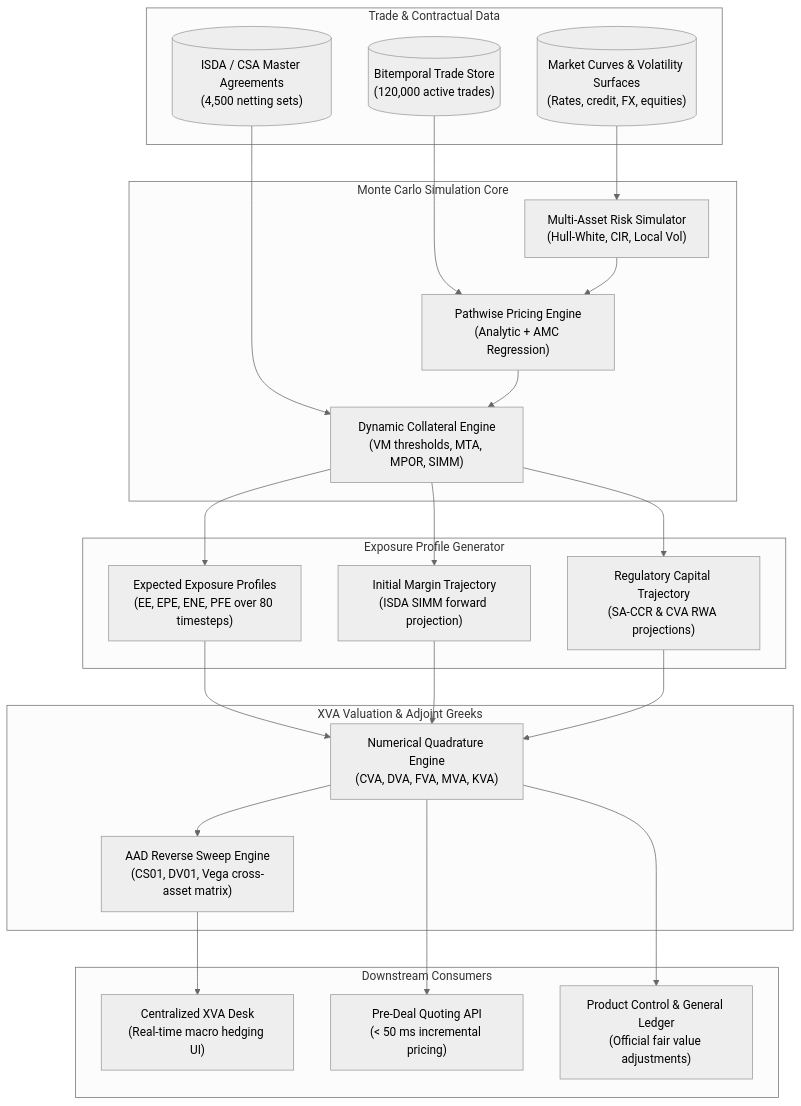
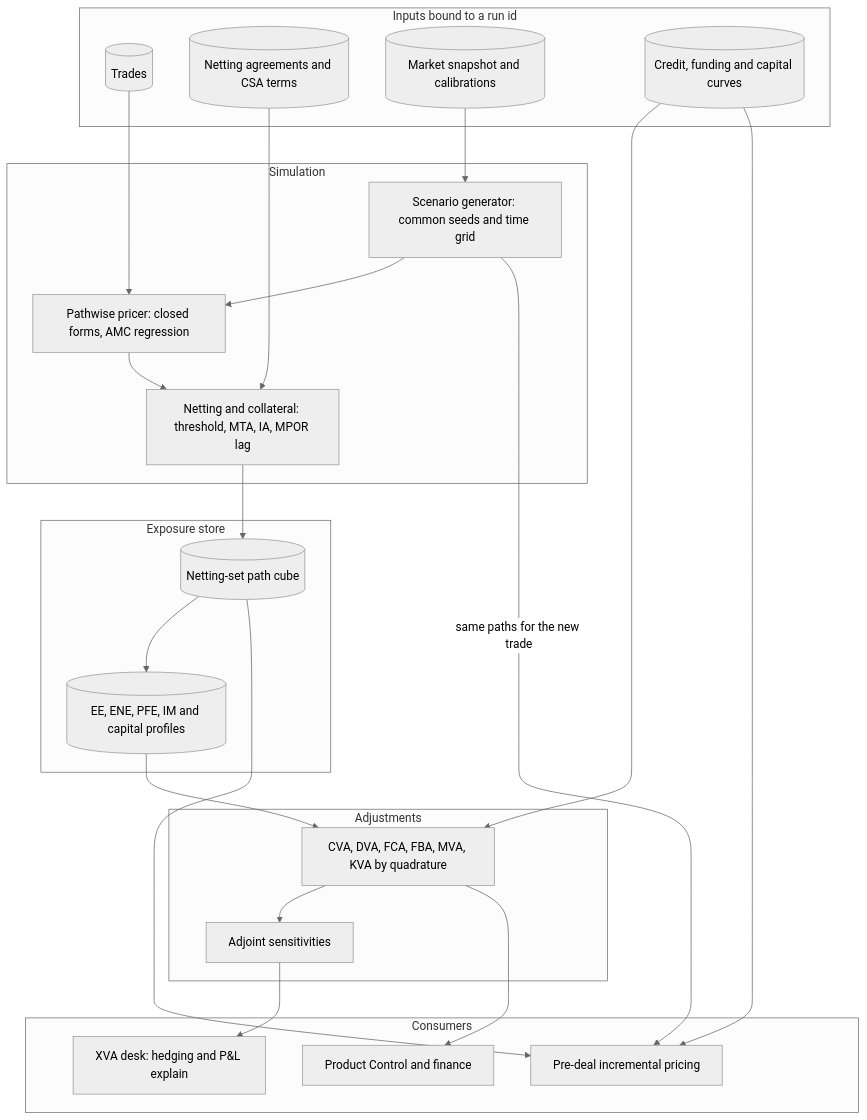
The diagram in 18-Pricing-and-Risk-Systems/11-XVA-Engine.md (shreejitverma/The-Quant-Prep), drawn with Mermaid (neutral theme) before and after one commit. The commit also changed other lines of this file and 13 other files, not shown here.

First line of the commit message:
fix(18-Pricing-and-Risk-Systems): verify notes 07-12 and their code against primary sources (#68)

````diff
--- a/18-Pricing-and-Risk-Systems/11-XVA-Engine.md
+++ b/18-Pricing-and-Risk-Systems/11-XVA-Engine.md
@@ -47,50 +72,42 @@
 ```mermaid
 flowchart TB
-    subgraph DataIngestion["Trade & Contractual Data"]
-        Trades[("Bitemporal Trade Store\n(120,000 active trades)")]
-        CSAStore[("ISDA / CSA Master Agreements\n(4,500 netting sets)")]
-        MarketData[("Market Curves & Volatility Surfaces\n(Rates, credit, FX, equities)")]
+    subgraph Inputs["Inputs bound to a run id"]
+        Trades[("Trades")]
+        Legal[("Netting agreements and CSA terms")]
+        Mkt[("Market snapshot and calibrations")]
+        Credit[("Credit, funding and capital curves")]
     end
-
-    subgraph SimulationCore["Monte Carlo Simulation Core"]
-        ScenarioGen["Multi-Asset Risk Simulator\n(Hull-White, CIR, Local Vol)"]
-        PathEngine["Pathwise Pricing Engine\n(Analytic + AMC Regression)"]
-        CollateralModel["Dynamic Collateral Engine\n(VM thresholds, MTA, MPOR, SIMM)"]
+    subgraph Sim["Simulation"]
+        Scen["Scenario generator: common seeds and time grid"]
+        Price["Pathwise pricer: closed forms, AMC regression"]
+        Net["Netting and collateral: threshold, MTA, IA, MPOR lag"]
     end
-
-    subgraph ProfileGeneration["Exposure Profile Generator"]
-        EEProfile["Expected Exposure Profiles\n(EE, EPE, ENE, PFE over 80 timesteps)"]
-        IMProfile["Initial Margin Trajectory\n(ISDA SIMM forward projection)"]
-        CapitalProfile["Regulatory Capital Trajectory\n(SA-CCR & CVA RWA projections)"]
+    subgraph Store["Exposure store"]
+        Cube[("Netting-set path cube")]
+        Prof[("EE, ENE, PFE, IM and capital profiles")]
     end
-
-    subgraph IntegrationAndGreeks["XVA Valuation & Adjoint Greeks"]
-        XVAIntegrator["Numerical Quadrature Engine\n(CVA, DVA, FVA, MVA, KVA)"]
-        AADTape["AAD Reverse Sweep Engine\n(CS01, DV01, Vega cross-asset matrix)"]
+    subgraph Calc["Adjustments"]
+        XVA["CVA, DVA, FCA, FBA, MVA, KVA by quadrature"]
+        Sens["Adjoint sensitivities"]
     end
-
-    subgraph Consumers["Downstream Consumers"]
-        XVADesk["Centralized XVA Desk\n(Real-time macro hedging UI)"]
-        SalesGateway["Pre-Deal Quoting API\n(< 50 ms incremental pricing)"]
-        FinanceGL["Product Control & General Ledger\n(Official fair value adjustments)"]
+    subgraph Users["Consumers"]
+        Desk["XVA desk: hedging and P&L explain"]
+        PreDeal["Pre-deal incremental pricing"]
+        Fin["Product Control and finance"]
     end
-
-    Trades --> PathEngine
-    CSAStore --> CollateralModel
-    MarketData --> ScenarioGen
-
-    ScenarioGen --> PathEngine
-    PathEngine --> CollateralModel
-    CollateralModel --> EEProfile
-    CollateralModel --> IMProfile
-    CollateralModel --> CapitalProfile
-
-    EEProfile --> XVAIntegrator
-    IMProfile --> XVAIntegrator
-    CapitalProfile --> XVAIntegrator
-
-    XVAIntegrator --> AADTape
-    AADTape --> XVADesk
-    XVAIntegrator --> SalesGateway
-    XVAIntegrator --> FinanceGL
+    Mkt --> Scen
+    Scen --> Price
+    Trades --> Price
+    Price --> Net
+    Legal --> Net
+    Net --> Cube
+    Cube --> Prof
+    Prof --> XVA
+    Credit --> XVA
+    XVA --> Sens
+    Sens --> Desk
+    XVA --> Fin
+    Cube --> PreDeal
+    Scen -->|"same paths for the new trade"| PreDeal
+    Credit --> PreDeal
 ```
````
